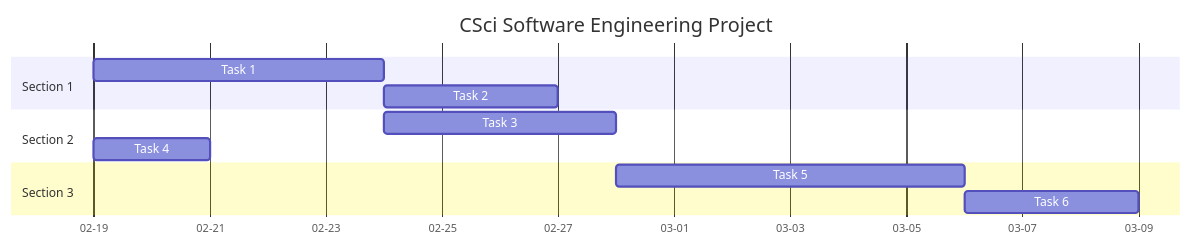
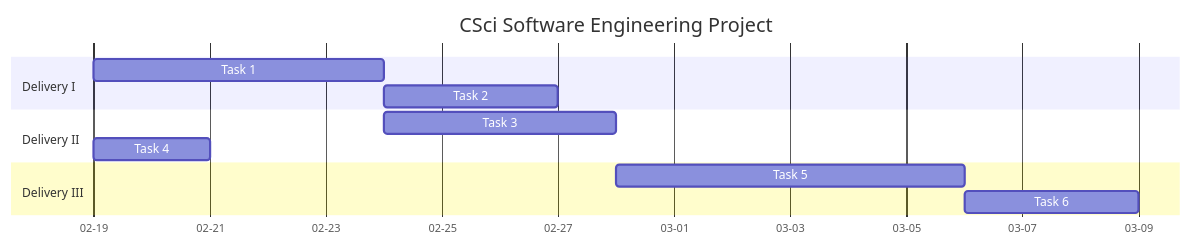
The diagram in Gantt.mmd (mmedeles/CSci-463-Project), drawn with Mermaid before and after one commit.

Commit message:
Updated Gantt chart

```diff
--- a/Gantt.mmd
+++ b/Gantt.mmd
@@ -1,16 +1,16 @@
 gantt
     title CSci Software Engineering Project
     dateFormat  YYYY-MM-DD
     axisFormat  %m-%d
 
-    section Section 1
+    section Delivery I
     Task 1           :a1, 2025-02-19, 5d
     Task 2           :after a1, 3d
 
-    section Section 2
+    section Delivery II
     Task 3           :2025-02-24, 4d
     Task 4           :after a2, 2d
 
-    section Section 3
+    section Delivery III
     Task 5           :2025-02-28, 6d
     Task 6           :2025-03-06, 3d
```
